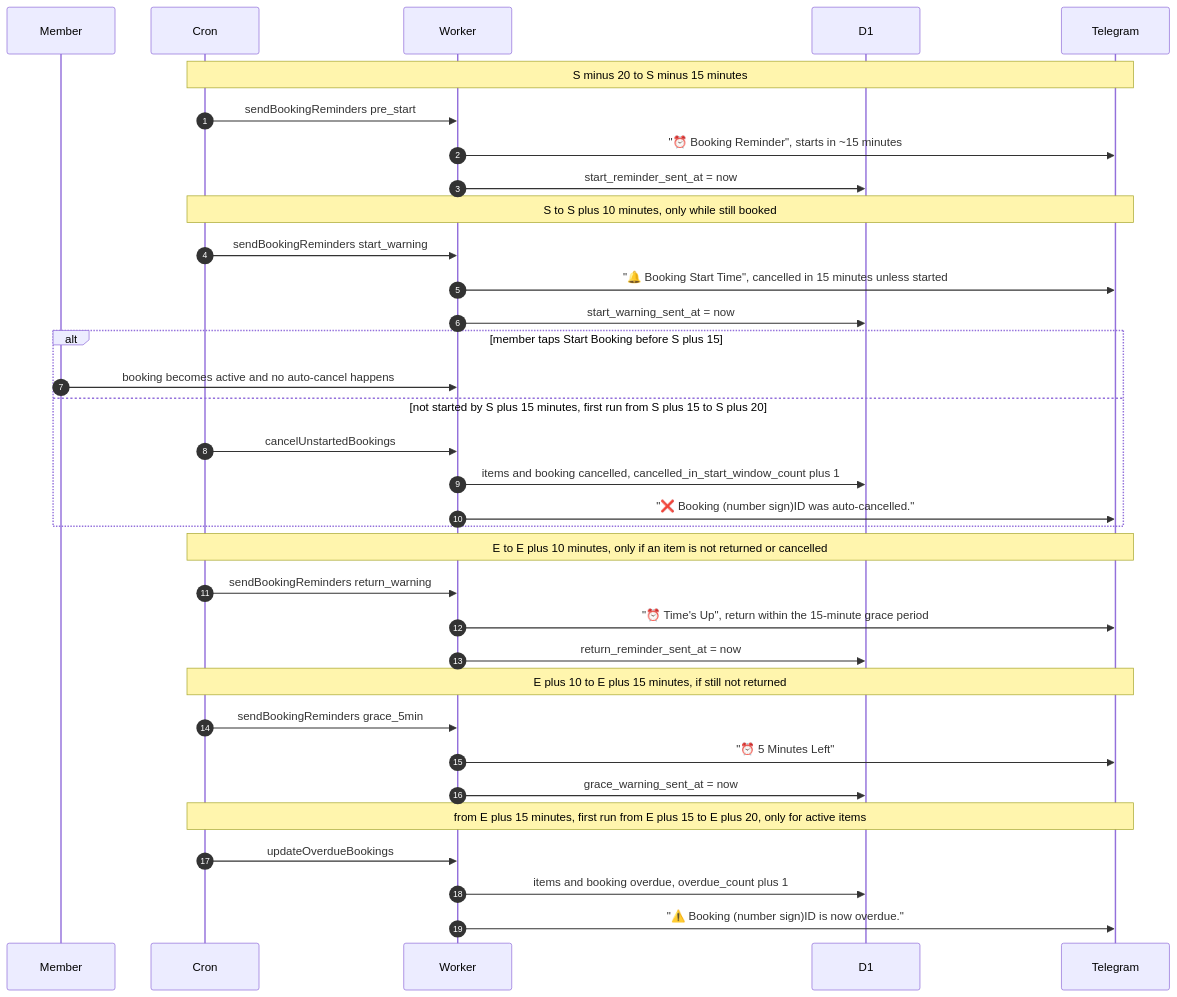
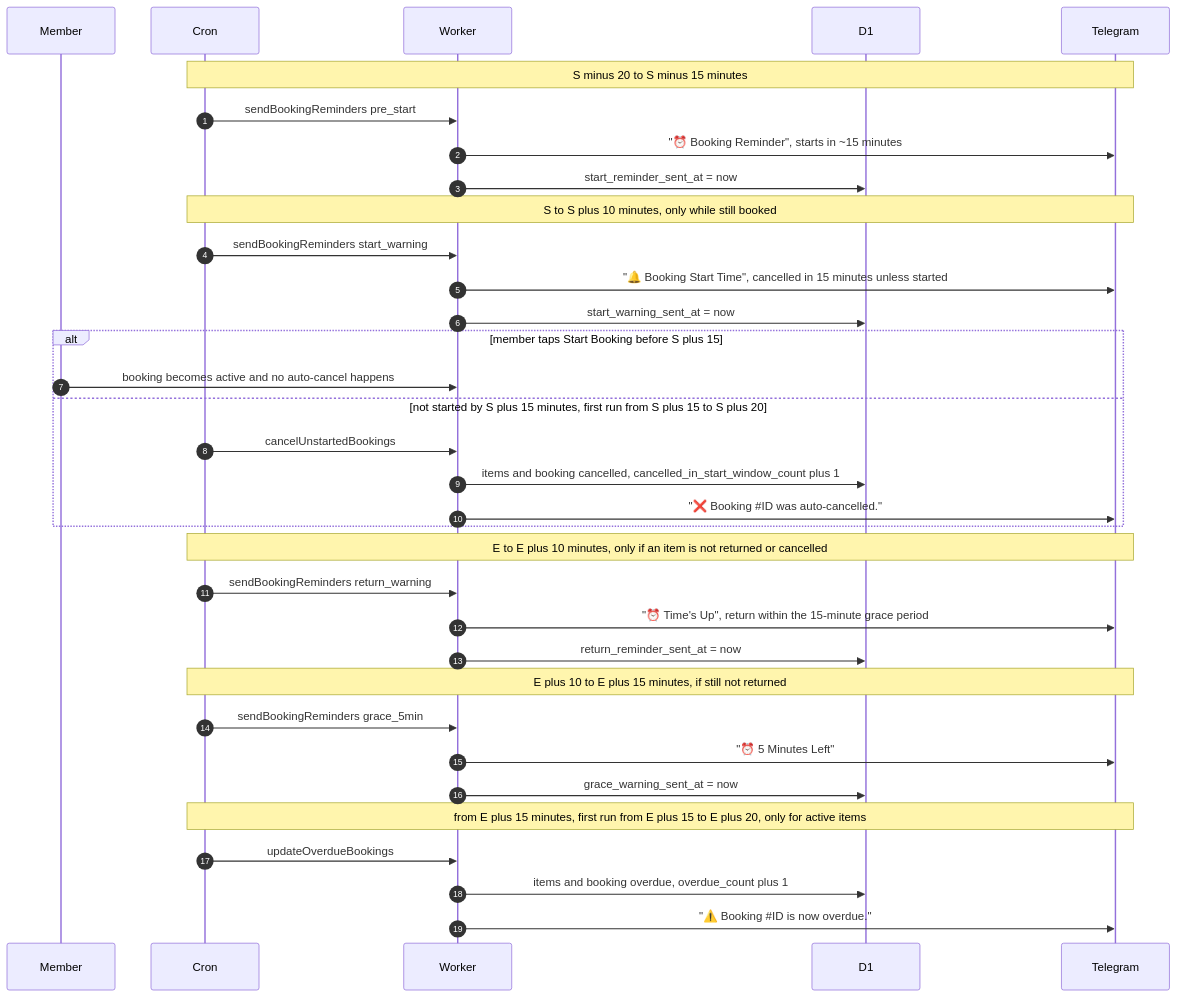
The sixth of 6 diagrams in docs/scenarios/08-cron-overview-and-bookings.md (sagyzdop/meriksirat), drawn with Mermaid before and after one commit. The commit also changed other lines of this file and 7 other files, not shown here.

````diff
--- a/docs/scenarios/08-cron-overview-and-bookings.md
+++ b/docs/scenarios/08-cron-overview-and-bookings.md
@@ -230,37 +230,37 @@
 ```mermaid
 sequenceDiagram
   autonumber
   participant Member as Member
   participant Cron as Cron
   participant Worker as Worker
   participant D1 as D1
   participant Telegram as Telegram
 
   Note over Cron,Telegram: S minus 20 to S minus 15 minutes
   Cron->>Worker: sendBookingReminders pre_start
   Worker->>Telegram: "⏰ Booking Reminder", starts in ~15 minutes
   Worker->>D1: start_reminder_sent_at = now
   Note over Cron,Telegram: S to S plus 10 minutes, only while still booked
   Cron->>Worker: sendBookingReminders start_warning
   Worker->>Telegram: "🔔 Booking Start Time", cancelled in 15 minutes unless started
   Worker->>D1: start_warning_sent_at = now
   alt member taps Start Booking before S plus 15
     Member->>Worker: booking becomes active and no auto-cancel happens
   else not started by S plus 15 minutes, first run from S plus 15 to S plus 20
     Cron->>Worker: cancelUnstartedBookings
     Worker->>D1: items and booking cancelled, cancelled_in_start_window_count plus 1
-    Worker->>Telegram: "❌ Booking (number sign)ID was auto-cancelled."
+    Worker->>Telegram: "❌ Booking #35;ID was auto-cancelled."
   end
   Note over Cron,Telegram: E to E plus 10 minutes, only if an item is not returned or cancelled
   Cron->>Worker: sendBookingReminders return_warning
   Worker->>Telegram: "⏰ Time's Up", return within the 15-minute grace period
   Worker->>D1: return_reminder_sent_at = now
   Note over Cron,Telegram: E plus 10 to E plus 15 minutes, if still not returned
   Cron->>Worker: sendBookingReminders grace_5min
   Worker->>Telegram: "⏰ 5 Minutes Left"
   Worker->>D1: grace_warning_sent_at = now
   Note over Cron,Telegram: from E plus 15 minutes, first run from E plus 15 to E plus 20, only for active items
   Cron->>Worker: updateOverdueBookings
   Worker->>D1: items and booking overdue, overdue_count plus 1
-  Worker->>Telegram: "⚠️ Booking (number sign)ID is now overdue."
+  Worker->>Telegram: "⚠️ Booking #35;ID is now overdue."
 ```
````
